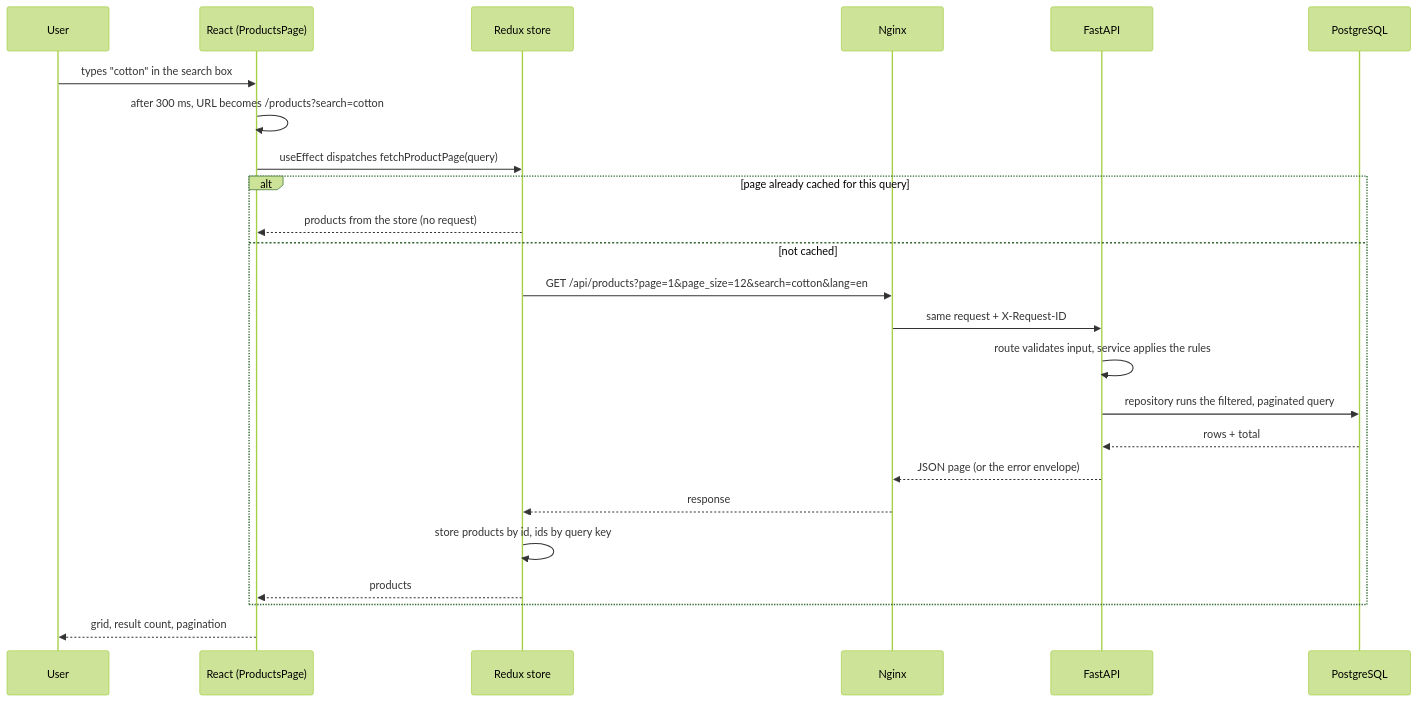
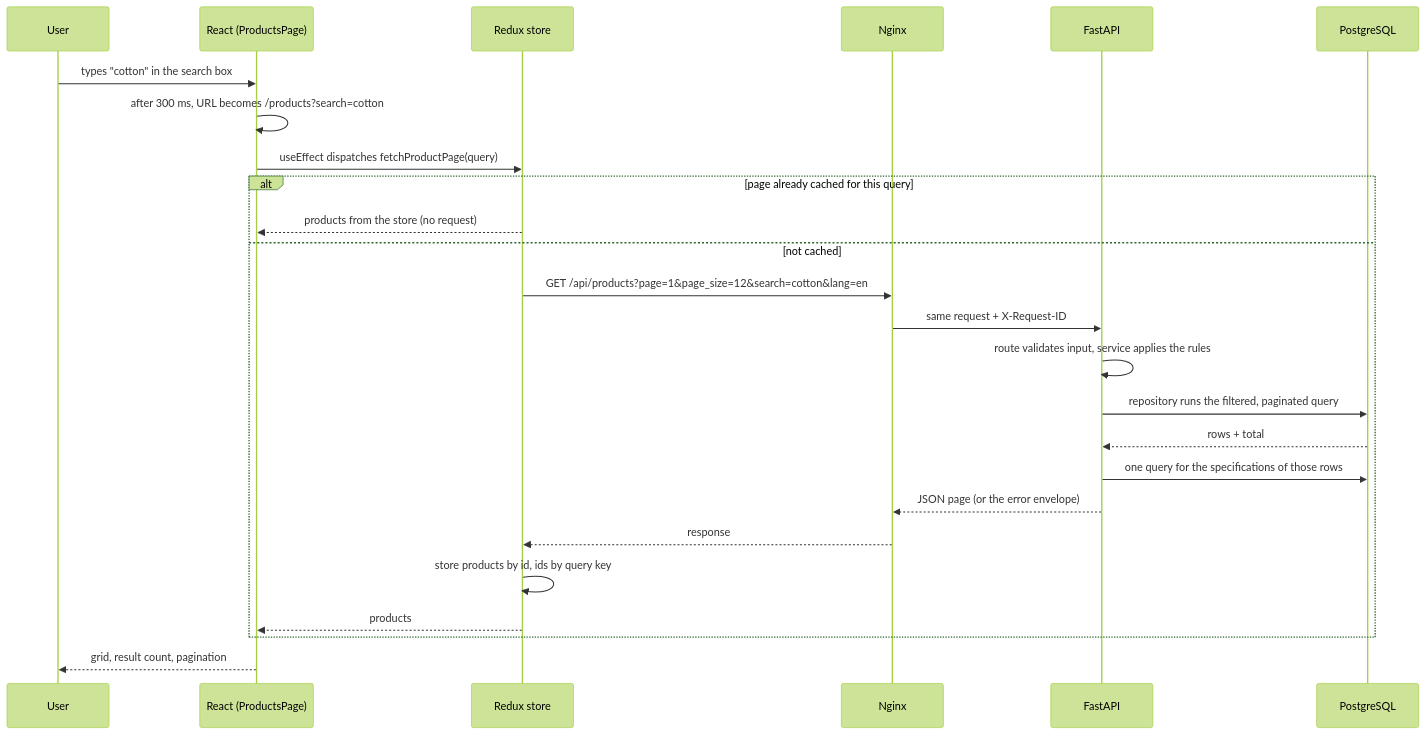
Before and after one commit to mtombolini/product-explorer: the third of 3 diagrams in docs/architecture.md, drawn with Mermaid (forest theme). The commit also changed other lines of this file and 4 other files, not shown here.

````diff
--- a/docs/architecture.md
+++ b/docs/architecture.md
@@ -72,27 +73,28 @@
 ```mermaid
 sequenceDiagram
     participant U as User
     participant R as React (ProductsPage)
     participant X as Redux store
     participant N as Nginx
     participant A as FastAPI
     participant D as PostgreSQL
 
     U->>R: types "cotton" in the search box
     R->>R: after 300 ms, URL becomes /products?search=cotton
     R->>X: useEffect dispatches fetchProductPage(query)
     alt page already cached for this query
         X-->>R: products from the store (no request)
     else not cached
         X->>N: GET /api/products?page=1&page_size=12&search=cotton&lang=en
         N->>A: same request + X-Request-ID
         A->>A: route validates input, service applies the rules
         A->>D: repository runs the filtered, paginated query
         D-->>A: rows + total
+        A->>D: one query for the specifications of those rows
         A-->>N: JSON page (or the error envelope)
         N-->>X: response
         X->>X: store products by id, ids by query key
         X-->>R: products
     end
     R-->>U: grid, result count, pagination
 ```
````
